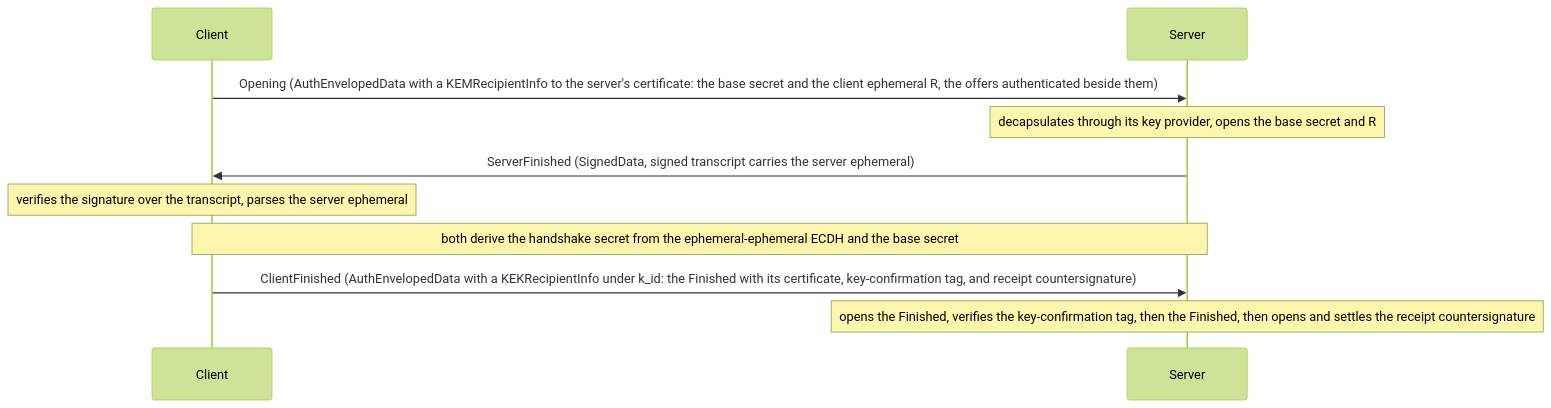
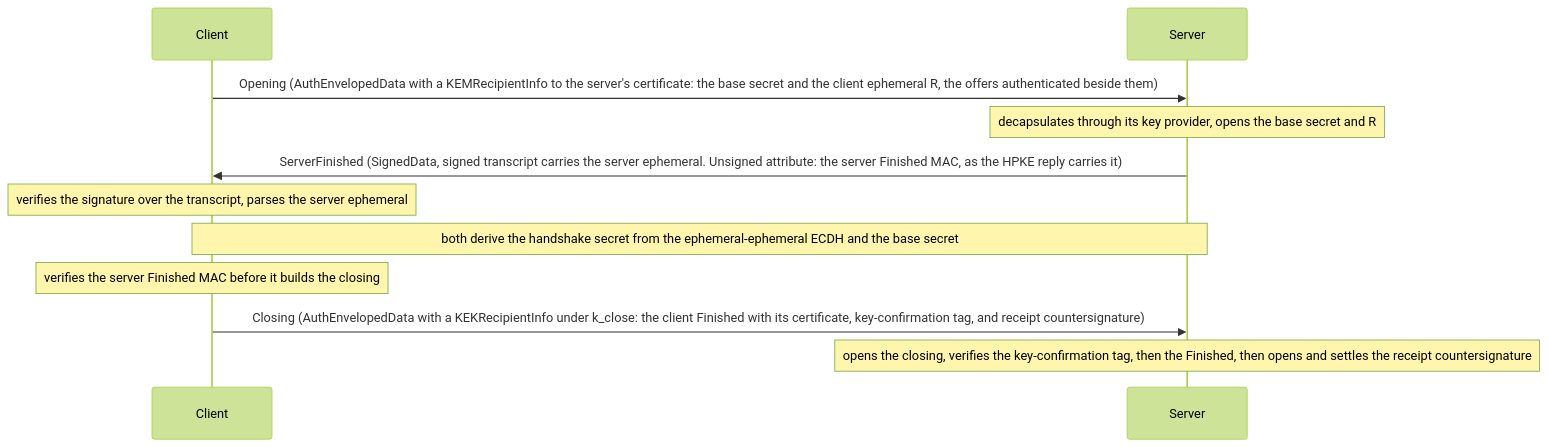
Before and after one commit to wahidgroup/tightbeam: the third of 6 diagrams in docs/handshake.md, drawn with Mermaid (forest theme). The commit also changed other lines of this file and 52 other files, not shown here.

Commit message:
fix(transport)!: run the HPKE flow in the TLS 1.3 shape

````diff
--- a/docs/handshake.md
+++ b/docs/handshake.md
@@ -125,12 +134,13 @@
 ```mermaid
 sequenceDiagram
     participant C as Client
     participant S as Server
     C->>S: Opening (AuthEnvelopedData with a KEMRecipientInfo to the server's certificate: the base secret and the client ephemeral R, the offers authenticated beside them)
     Note over S: decapsulates through its key provider, opens the base secret and R
-    S->>C: ServerFinished (SignedData, signed transcript carries the server ephemeral)
+    S->>C: ServerFinished (SignedData, signed transcript carries the server ephemeral. Unsigned attribute: the server Finished MAC, as the HPKE reply carries it)
     Note over C: verifies the signature over the transcript, parses the server ephemeral
     Note over C,S: both derive the handshake secret from the ephemeral-ephemeral ECDH and the base secret
-    C->>S: ClientFinished (AuthEnvelopedData with a KEKRecipientInfo under k_id: the Finished with its certificate, key-confirmation tag, and receipt countersignature)
-    Note over S: opens the Finished, verifies the key-confirmation tag, then the Finished, then opens and settles the receipt countersignature
+    Note over C: verifies the server Finished MAC before it builds the closing
+    C->>S: Closing (AuthEnvelopedData with a KEKRecipientInfo under k_close: the client Finished with its certificate, key-confirmation tag, and receipt countersignature)
+    Note over S: opens the closing, verifies the key-confirmation tag, then the Finished, then opens and settles the receipt countersignature
 ```
````
